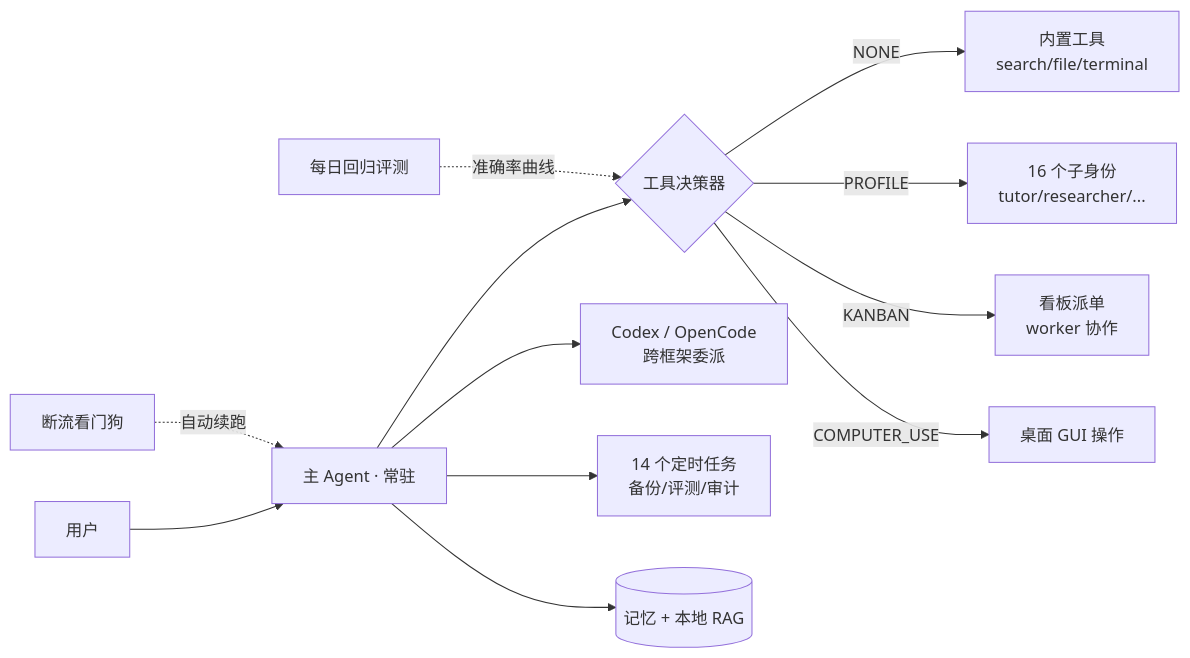
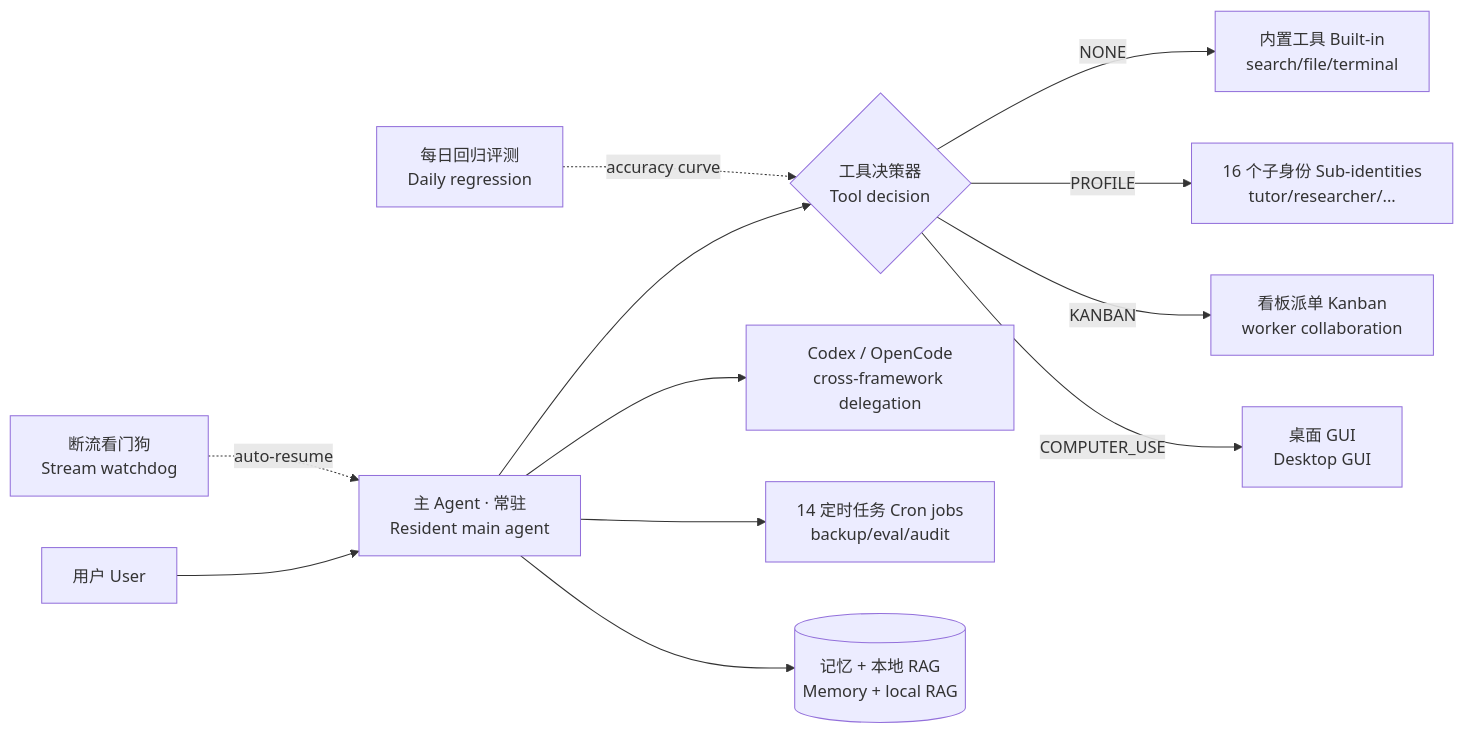
The diagram in README.md (cez0060405/personal-agent-ops), drawn with Mermaid before and after one commit. The commit also changed other lines of this file, not shown here.

Commit message:
docs: pre-public polish - badges, bilingual diagram labels, repo tree, clearer transparency wording

````diff
--- a/README.md
+++ b/README.md
@@ -36,14 +48,14 @@
 ```mermaid
 flowchart LR
-    U[用户] --> M[主 Agent · 常驻]
-    M --> R{工具决策器}
-    R -->|NONE| T0[内置工具<br>search/file/terminal]
-    R -->|PROFILE| T1[16 个子身份<br>tutor/researcher/...]
-    R -->|KANBAN| T2[看板派单<br>worker 协作]
-    R -->|COMPUTER_USE| T3[桌面 GUI 操作]
-    M --> C[Codex / OpenCode<br>跨框架委派]
-    M --> CRON[14 个定时任务<br>备份/评测/审计]
-    M --> MEM[(记忆 + 本地 RAG)]
-    W[断流看门狗] -.自动续跑.-> M
-    E[每日回归评测] -.准确率曲线.-> R
+    U[用户 User] --> M[主 Agent · 常驻<br>Resident main agent]
+    M --> R{工具决策器<br>Tool decision}
+    R -->|NONE| T0[内置工具 Built-in<br>search/file/terminal]
+    R -->|PROFILE| T1[16 个子身份 Sub-identities<br>tutor/researcher/...]
+    R -->|KANBAN| T2[看板派单 Kanban<br>worker collaboration]
+    R -->|COMPUTER_USE| T3[桌面 GUI<br>Desktop GUI]
+    M --> C[Codex / OpenCode<br>cross-framework delegation]
+    M --> CRON[14 定时任务 Cron jobs<br>backup/eval/audit]
+    M --> MEM[(记忆 + 本地 RAG<br>Memory + local RAG)]
+    W[断流看门狗<br>Stream watchdog] -. auto-resume .-> M
+    E[每日回归评测<br>Daily regression] -. accuracy curve .-> R
 ```
````
